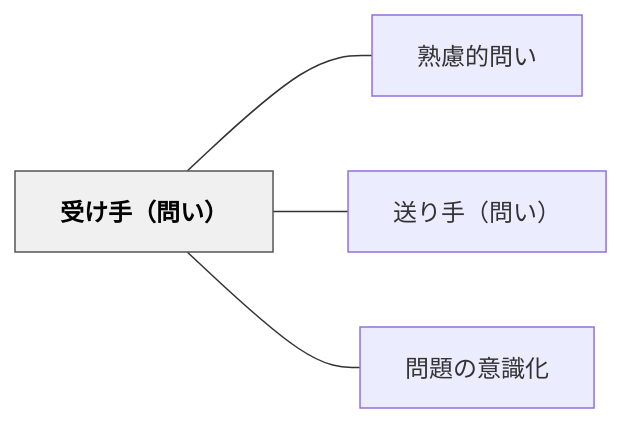
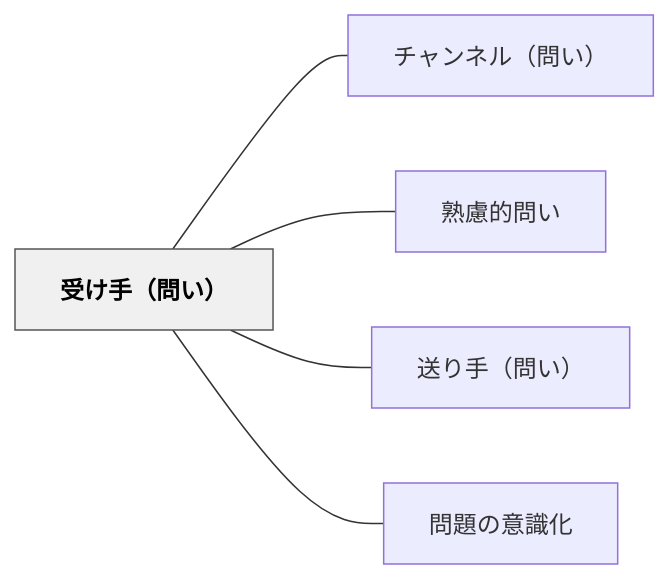
Before and after one commit to unknownthings-ed-patterns/unknownthings-ed-patterns: the diagram in content/パタン/受け手（問い）.md, drawn with Mermaid. The commit also changed other lines of this file and 473 other files, not shown here.

````diff
--- a/content/パタン/受け手（問い）.md
+++ b/content/パタン/受け手（問い）.md
@@ -42,14 +43,16 @@
 ```mermaid
 flowchart LR
     ne58f97e38191["受け手（問い）"]
+    ne38381e383a3["チャンネル（問い）"]
     ne7869fe685ae["熟慮的問い"]
     ne98081e3828a["送り手（問い）"]
     ne5958fe9a18c["問題の意識化"]
 
+    ne58f97e38191 --- ne38381e383a3
     ne58f97e38191 --- ne7869fe685ae
     ne58f97e38191 --- ne98081e3828a
     ne58f97e38191 --- ne5958fe9a18c
 
     classDef hub fill:#f0f0f0,stroke:#555,color:#000,font-weight:bold
     class ne58f97e38191 hub
 ```
````
